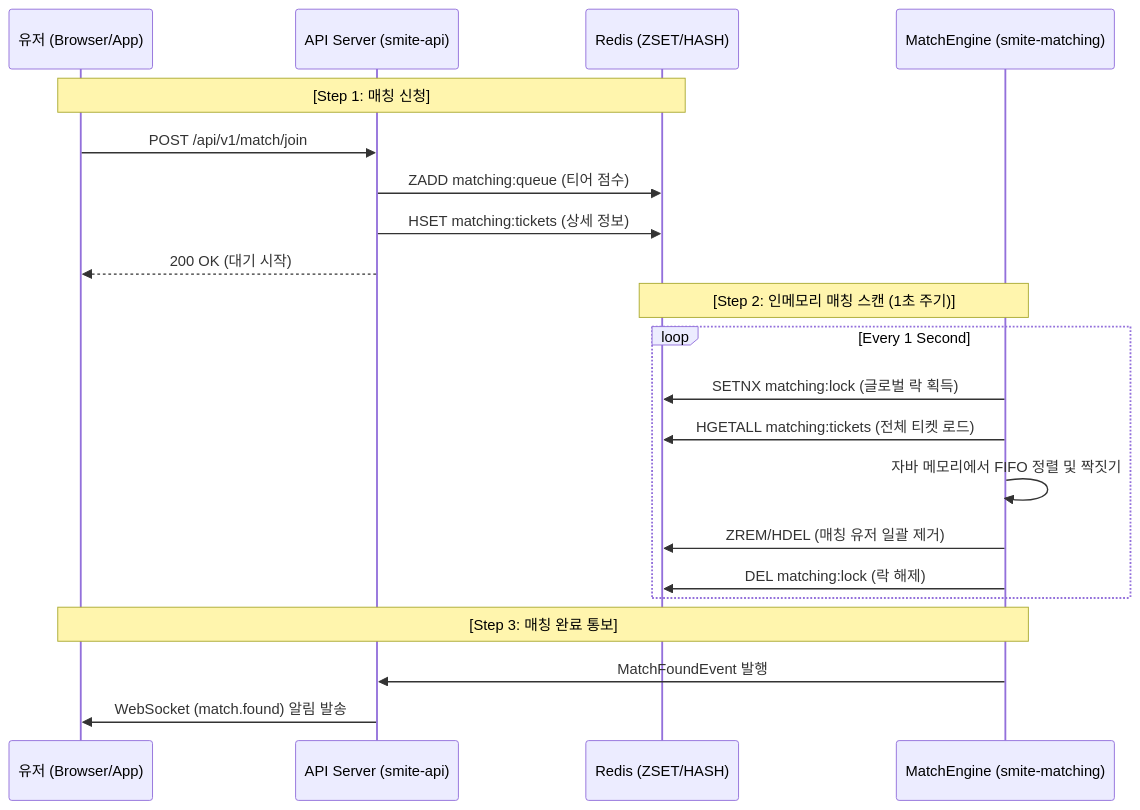
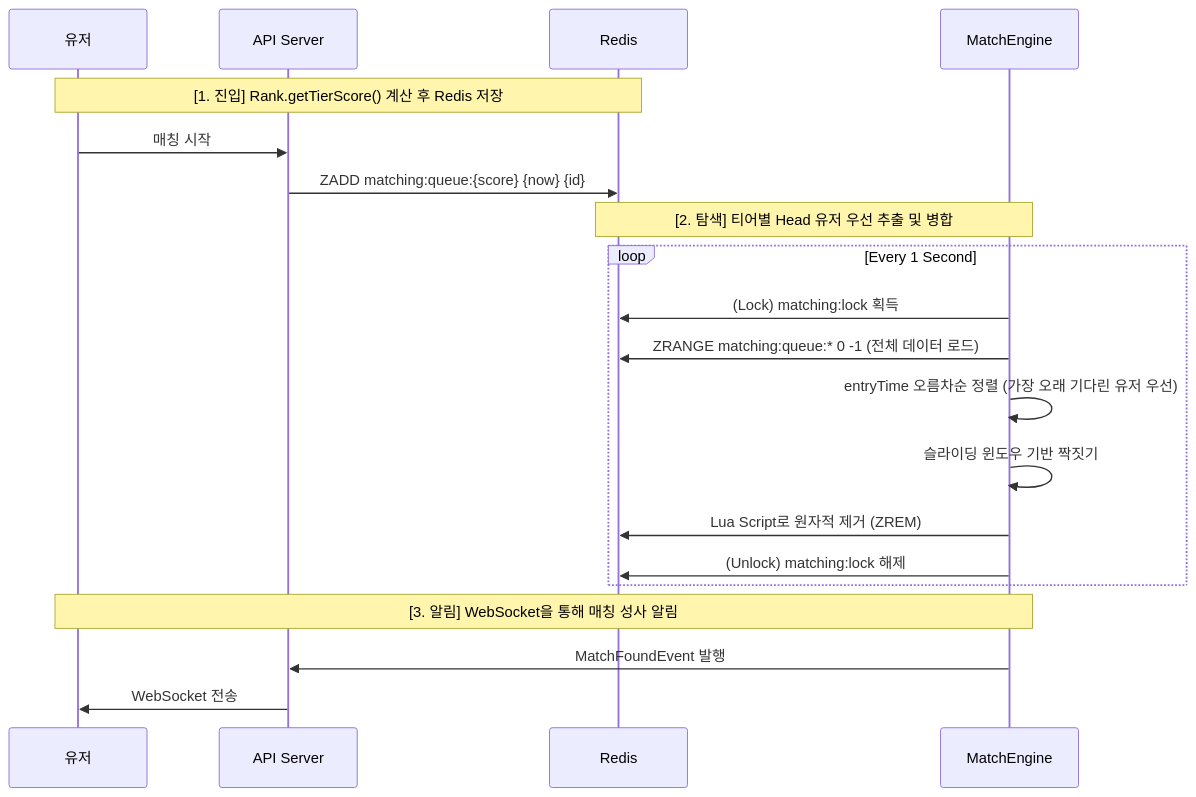
Before and after one commit to moonwhistle/League-of-Star: the second of 2 diagrams in docs/project/matching-v1.md, drawn with Mermaid. The commit also changed other lines of this file and 5 other files, not shown here.

````diff
--- a/docs/project/matching-v1.md
+++ b/docs/project/matching-v1.md
@@ -11,26 +47,25 @@
 ```mermaid
 sequenceDiagram
-    participant Client as 유저 (Browser/App)
-    participant API as API Server (smite-api)
-    participant Redis as Redis (ZSET/HASH)
-    participant Engine as MatchEngine (smite-matching)
+    participant User as 유저
+    participant API as API Server
+    participant Redis as Redis
+    participant Engine as MatchEngine
 
-    Note over Client, Redis: [Step 1: 매칭 신청]
-    Client->>API: POST /api/v1/match/join
-    API->>Redis: ZADD matching:queue (티어 점수)
-    API->>Redis: HSET matching:tickets (상세 정보)
-    API-->>Client: 200 OK (대기 시작)
+    Note over User, Redis: [1. 진입] Rank.getTierScore() 계산 후 Redis 저장
+    User->>API: 매칭 시작
+    API->>Redis: ZADD matching:queue:{score} {now} {id}
 
-    Note over Redis, Engine: [Step 2: 인메모리 매칭 스캔 (1초 주기)]
+    Note over Redis, Engine: [2. 탐색] 티어별 Head 유저 우선 추출 및 병합
     loop Every 1 Second
-        Engine->>Redis: SETNX matching:lock (글로벌 락 획득)
-        Engine->>Redis: HGETALL matching:tickets (전체 티켓 로드)
-        Engine->>Engine: 자바 메모리에서 FIFO 정렬 및 짝짓기
-        Engine->>Redis: ZREM/HDEL (매칭 유저 일괄 제거)
-        Engine->>Redis: DEL matching:lock (락 해제)
+        Engine->>Redis: (Lock) matching:lock 획득
+        Engine->>Redis: ZRANGE matching:queue:* 0 -1 (전체 데이터 로드)
+        Engine->>Engine: entryTime 오름차순 정렬 (가장 오래 기다린 유저 우선)
+        Engine->>Engine: 슬라이딩 윈도우 기반 짝짓기
+        Engine->>Redis: Lua Script로 원자적 제거 (ZREM)
+        Engine->>Redis: (Unlock) matching:lock 해제
     end
 
-    Note over Client, Engine: [Step 3: 매칭 완료 통보]
+    Note over User, Engine: [3. 알림] WebSocket을 통해 매칭 성사 알림
     Engine->>API: MatchFoundEvent 발행
-    API->>Client: WebSocket (match.found) 알림 발송
+    API->>User: WebSocket 전송
 ```
````
